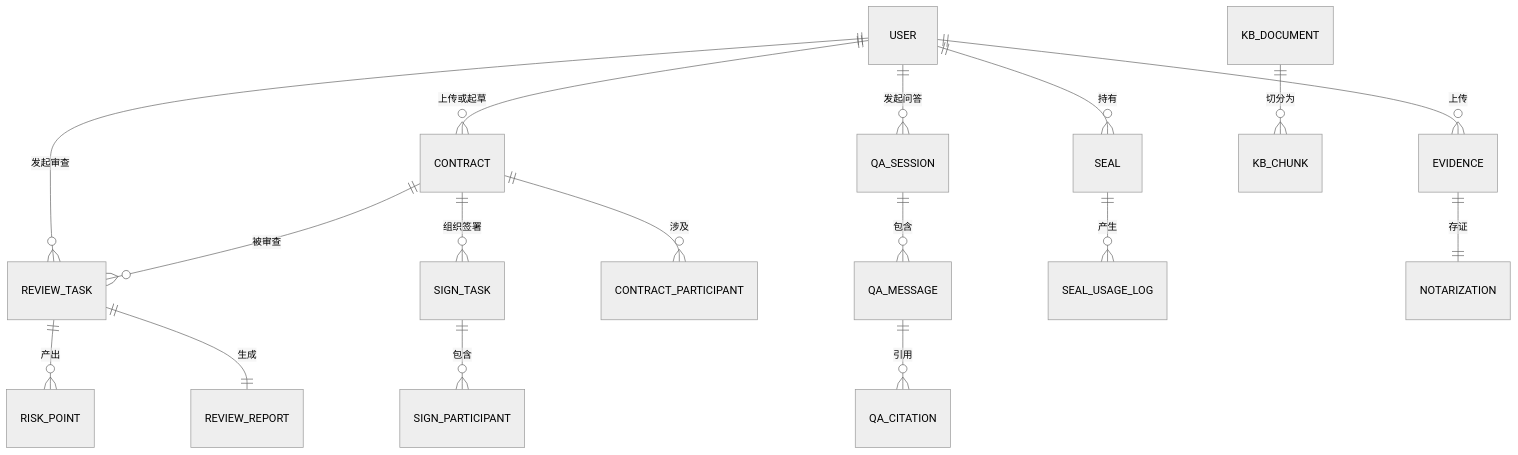
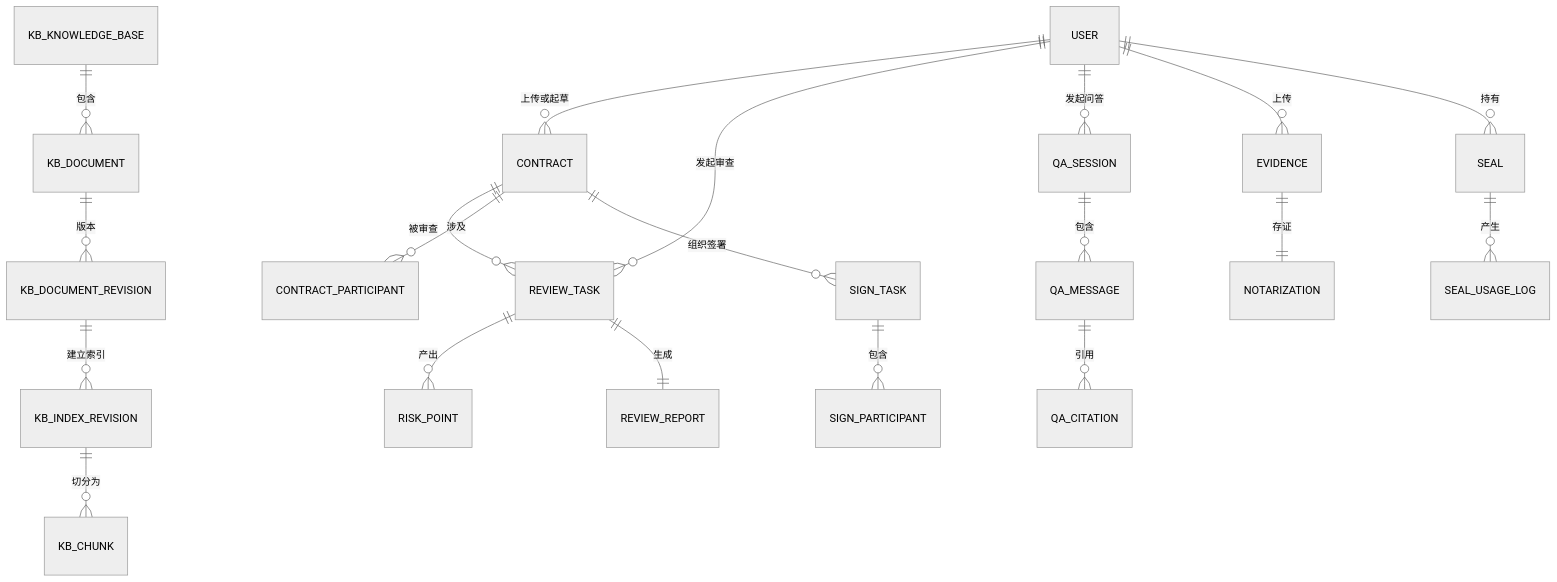
One commit to licat2023/law-wiz changed the first of 4 diagrams in docs/03-概要设计.md. Above: the diagram before and after it, drawn with Mermaid (neutral theme). The commit also changed other lines of this file and 134 other files, not shown here.

````diff
--- a/docs/03-概要设计.md
+++ b/docs/03-概要设计.md
@@ -264,19 +208,22 @@
 ```mermaid
 erDiagram
     USER ||--o{ CONTRACT : 上传或起草
     USER ||--o{ REVIEW_TASK : 发起审查
     USER ||--o{ QA_SESSION : 发起问答
     USER ||--o{ EVIDENCE : 上传
     USER ||--o{ SEAL : 持有
     CONTRACT ||--o{ REVIEW_TASK : 被审查
     REVIEW_TASK ||--o{ RISK_POINT : 产出
     REVIEW_TASK ||--|| REVIEW_REPORT : 生成
     QA_SESSION ||--o{ QA_MESSAGE : 包含
     QA_MESSAGE ||--o{ QA_CITATION : 引用
-    KB_DOCUMENT ||--o{ KB_CHUNK : 切分为
+    KB_KNOWLEDGE_BASE ||--o{ KB_DOCUMENT : 包含
+    KB_DOCUMENT ||--o{ KB_DOCUMENT_REVISION : 版本
+    KB_DOCUMENT_REVISION ||--o{ KB_INDEX_REVISION : 建立索引
+    KB_INDEX_REVISION ||--o{ KB_CHUNK : 切分为
     CONTRACT ||--o{ CONTRACT_PARTICIPANT : 涉及
     CONTRACT ||--o{ SIGN_TASK : 组织签署
     SIGN_TASK ||--o{ SIGN_PARTICIPANT : 包含
     SEAL ||--o{ SEAL_USAGE_LOG : 产生
     EVIDENCE ||--|| NOTARIZATION : 存证
 ```
````
